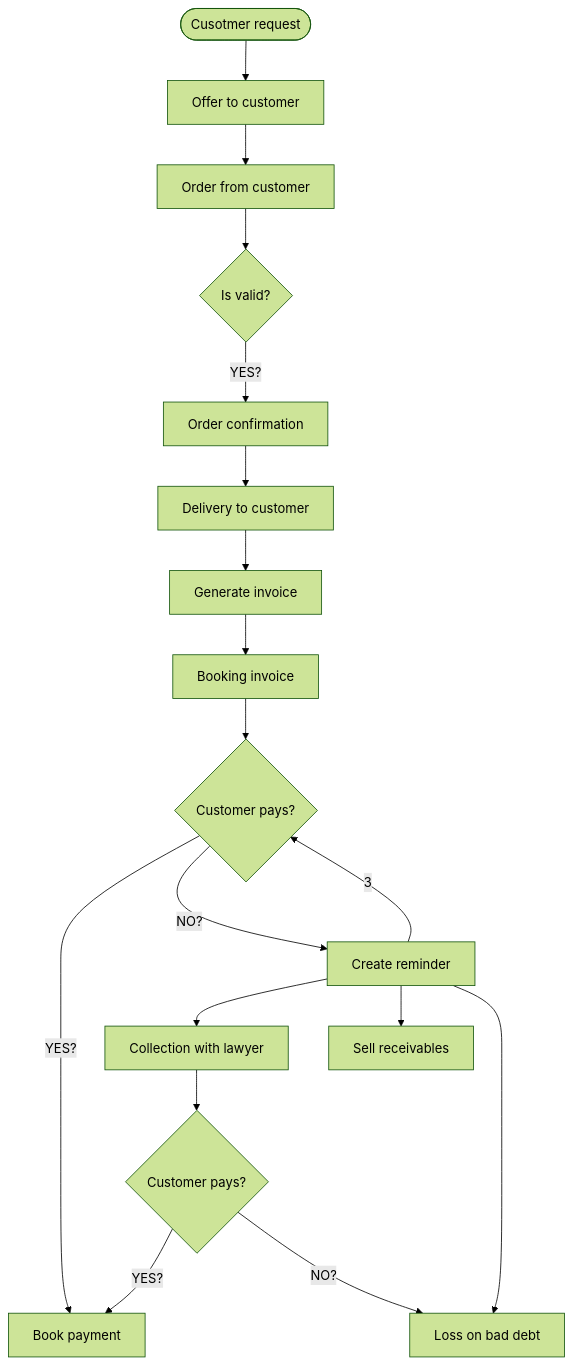
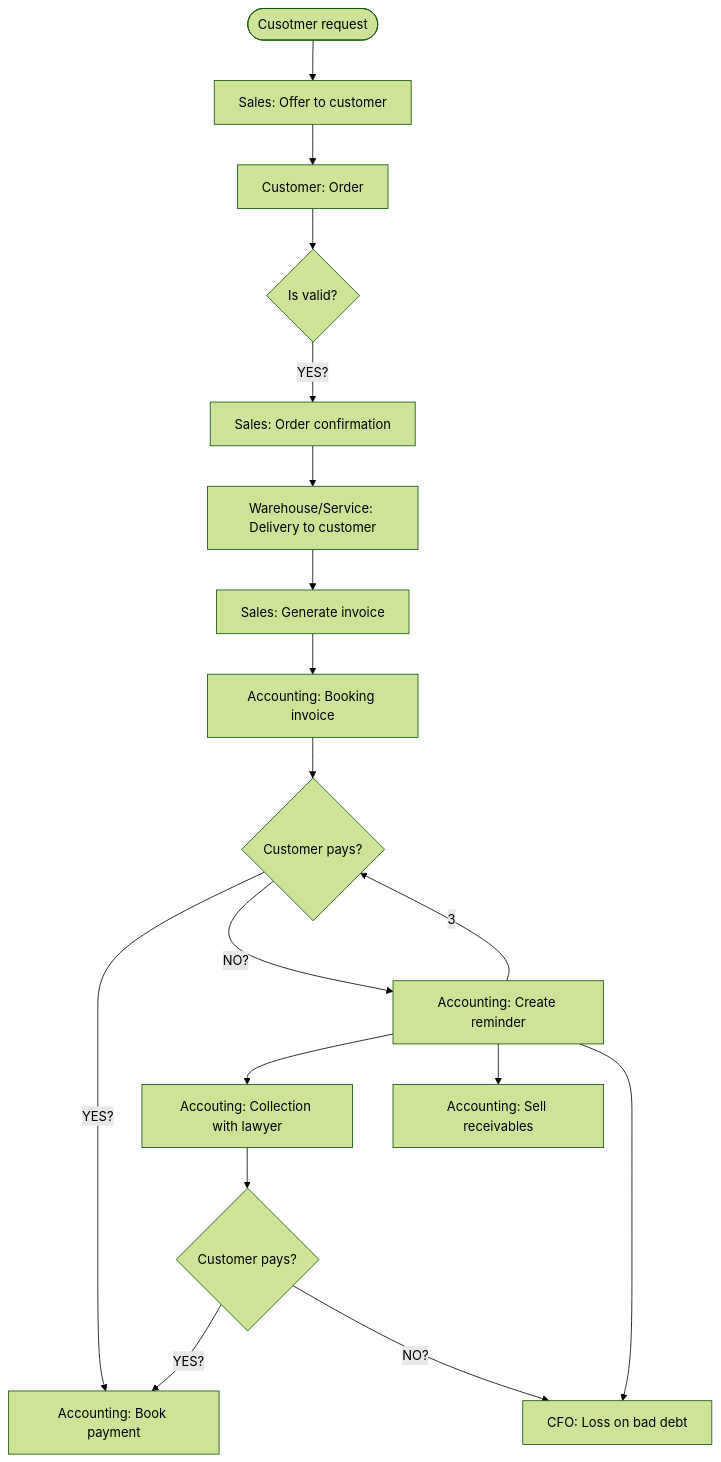
One commit to Karaka-Management/Organization-Guide changed the diagram in Processes/03_Sales_Flowchart.md. Above: the diagram before and after it, drawn with Mermaid (forest theme).

````diff
--- a/Processes/03_Sales_Flowchart.md
+++ b/Processes/03_Sales_Flowchart.md
@@ -3,21 +3,21 @@
 ```mermaid
 graph TD;
-    REQUEST([Cusotmer request])-->OFFER[Offer to customer]
-    OFFER-->ORDER[Order from customer];
+    REQUEST([Cusotmer request])-->OFFER[Sales: Offer to customer]
+    OFFER-->ORDER[Customer: Order];
     ORDER-->VALID_ORDER{Is valid?};
-    VALID_ORDER--YES?-->ORDER_CONFIRMATION[Order confirmation];
-    ORDER_CONFIRMATION-->DELIVERY[Delivery to customer];
-    DELIVERY-->INVOICE[Generate invoice];
-    INVOICE-->BOOKING[Booking invoice];
+    VALID_ORDER--YES?-->ORDER_CONFIRMATION[Sales: Order confirmation];
+    ORDER_CONFIRMATION-->DELIVERY[Warehouse/Service: Delivery to customer];
+    DELIVERY-->INVOICE[Sales: Generate invoice];
+    INVOICE-->BOOKING[Accounting: Booking invoice];
     BOOKING-->PAYMENT{Customer pays?};
-    PAYMENT--YES?-->BOOKING_PAYMENT[Book payment];
-    PAYMENT--NO?-->REMINDER[Create reminder];
+    PAYMENT--YES?-->BOOKING_PAYMENT[Accounting: Book payment];
+    PAYMENT--NO?-->REMINDER[Accounting: Create reminder];
     REMINDER--3-->PAYMENT;
-    REMINDER-->LAWYER[Collection with lawyer];
-    REMINDER-->SELL_RECEIVABLE[Sell receivables];
-    REMINDER-->BAD_DEBT[Loss on bad debt];
+    REMINDER-->LAWYER[Accouting: Collection with lawyer];
+    REMINDER-->SELL_RECEIVABLE[Accounting: Sell receivables];
+    REMINDER-->BAD_DEBT[CFO: Loss on bad debt];
     LAWYER-->LAWYER_PAID{Customer pays?};
     LAWYER_PAID--YES?-->BOOKING_PAYMENT;
     LAWYER_PAID--NO?-->BAD_DEBT;
     
 ```
````
